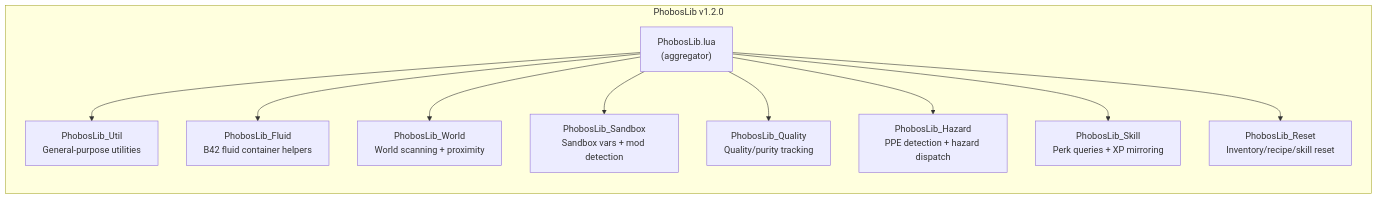
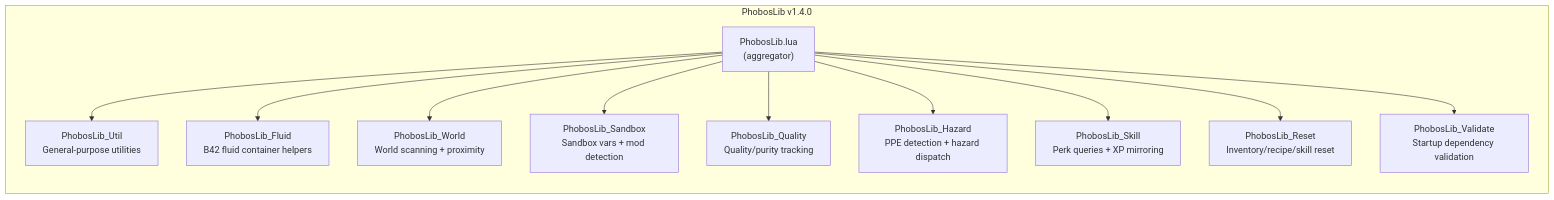
One commit to phobos-dthorga/mod-pz-phobos-lib changed the diagram in docs/diagrams/module-overview.md. Above: the diagram before and after it, drawn with Mermaid. The commit also changed other lines of this file and 2 other files, not shown here.

Commit message:
docs: add Validate module API, update counts and versions for v1.4.0

````diff
--- a/docs/diagrams/module-overview.md
+++ b/docs/diagrams/module-overview.md
@@ -7,24 +7,26 @@
 ```mermaid
 graph LR
-    subgraph LIB["PhobosLib v1.2.0"]
+    subgraph LIB["PhobosLib v1.4.0"]
         INIT["PhobosLib.lua<br/>(aggregator)"]
 
         UTIL["PhobosLib_Util<br/>General-purpose utilities"]
         FLUID["PhobosLib_Fluid<br/>B42 fluid container helpers"]
         WORLD["PhobosLib_World<br/>World scanning + proximity"]
         SANDBOX["PhobosLib_Sandbox<br/>Sandbox vars + mod detection"]
         QUALITY["PhobosLib_Quality<br/>Quality/purity tracking"]
         HAZARD["PhobosLib_Hazard<br/>PPE detection + hazard dispatch"]
         SKILL["PhobosLib_Skill<br/>Perk queries + XP mirroring"]
         RESET["PhobosLib_Reset<br/>Inventory/recipe/skill reset"]
+        VALIDATE["PhobosLib_Validate<br/>Startup dependency validation"]
     end
 
     INIT --> UTIL
     INIT --> FLUID
     INIT --> WORLD
     INIT --> SANDBOX
     INIT --> QUALITY
     INIT --> HAZARD
     INIT --> SKILL
     INIT --> RESET
+    INIT --> VALIDATE
 ```
````
